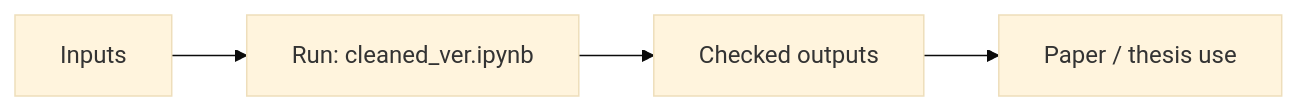
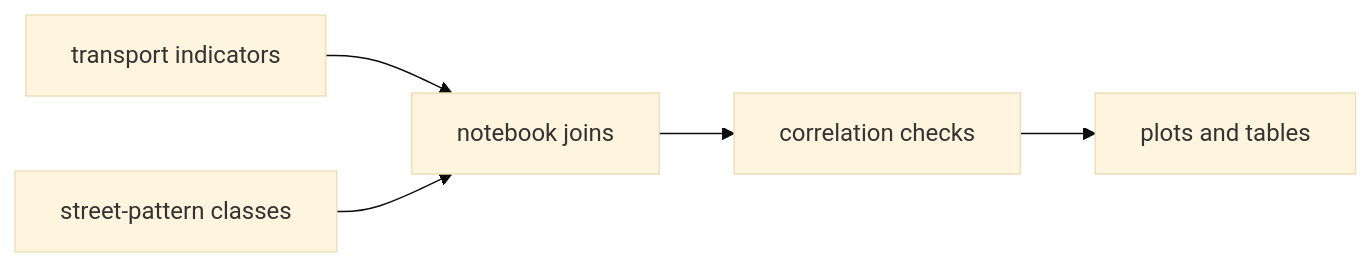
The diagram in README.md (GeorgeKontsevik/corr_transport_street_pattern), drawn with Mermaid (base theme) before and after one commit. The commit also changed other lines of this file and 2 other files, not shown here.

Commit message:
Improve README diagrams and project descriptions

````diff
--- a/README.md
+++ b/README.md
@@ -7,6 +7,7 @@
 ```mermaid
 flowchart LR
-    A[Inputs] --> B[Run: cleaned_ver.ipynb]
-    B --> C[Checked outputs]
-    C --> D[Paper / thesis use]
+    PT[transport indicators] --> JOIN[notebook joins]
+    SP[street-pattern classes] --> JOIN
+    JOIN --> CORR[correlation checks]
+    CORR --> REVIEW[plots and tables]
 ```
````
